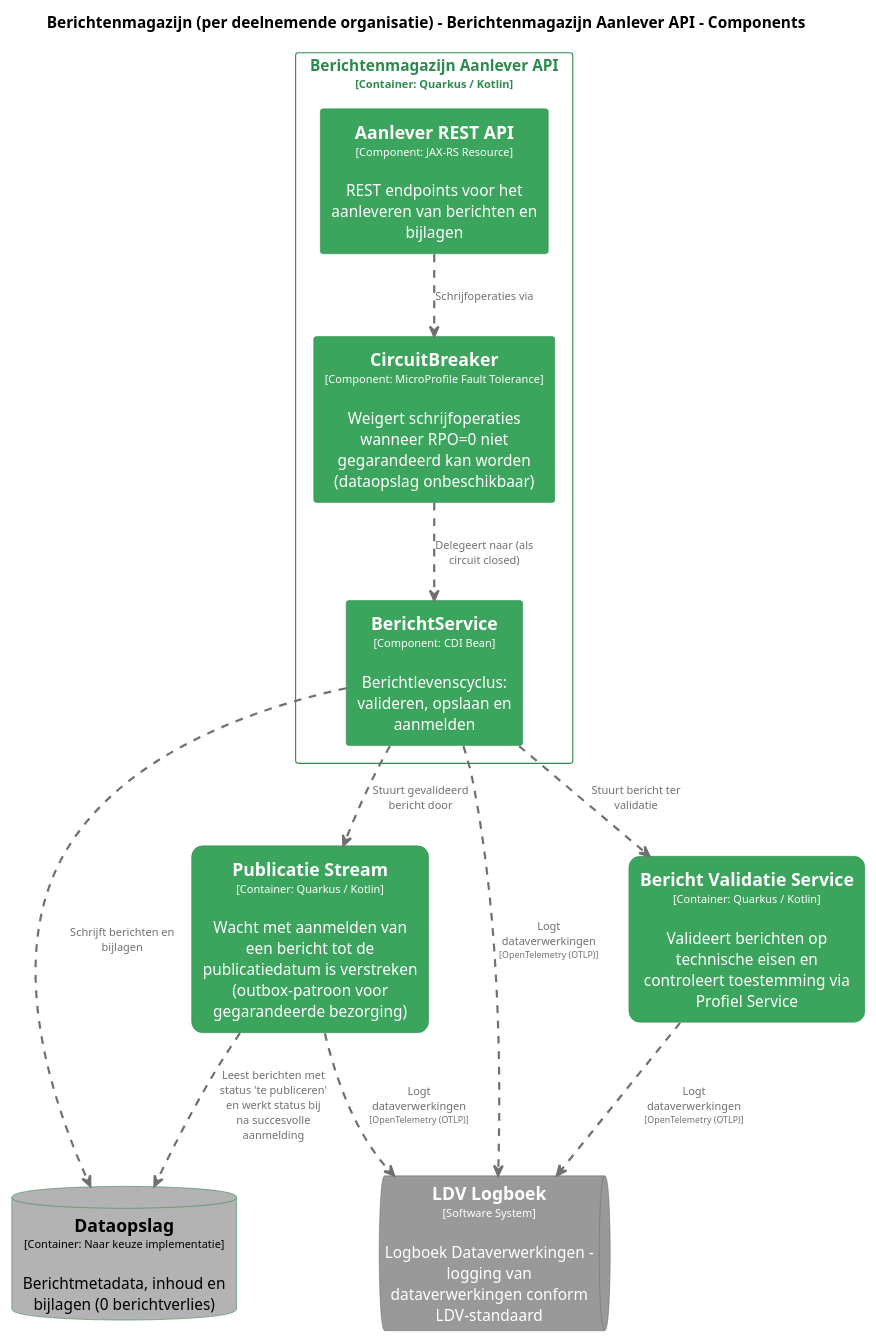
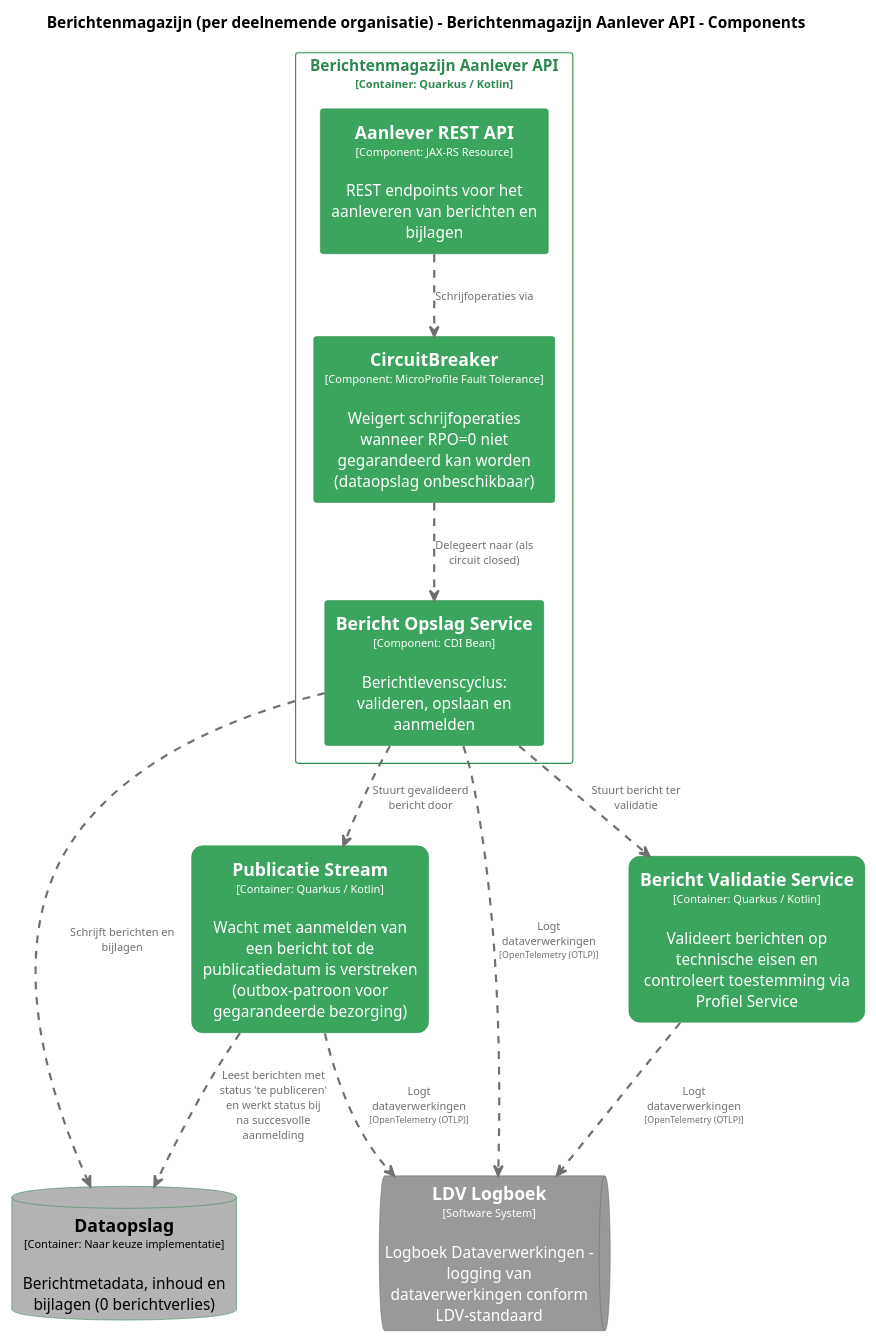
Before and after one commit to MinBZK/moza-poc-fbs-berichtenbox: the diagram in pr-preview/pr-22/master/puml/AanleverAPIComponenten.puml, drawn with PlantUML. The commit also changed 12 other files, not shown here.

```diff
--- a/pr-preview/pr-22/master/puml/AanleverAPIComponenten.puml
+++ b/pr-preview/pr-22/master/puml/AanleverAPIComponenten.puml
@@ -1,88 +1,88 @@
 @startuml
 set separator none
 title Berichtenmagazijn (per deelnemende organisatie) - Berichtenmagazijn Aanlever API - Components
 
 top to bottom direction
 skinparam ranksep 60
 skinparam nodesep 30
 
 skinparam {
   arrowFontSize 10
   defaultTextAlignment center
   wrapWidth 200
   maxMessageSize 100
 }
 
 hide stereotype
 
 skinparam rectangle<<Berichtenmagazijnperdeelnemendeorganisatie.BerichtenmagazijnAanleverAPI.AanleverRESTAPI>> {
   BackgroundColor #3ba55d
   FontColor #ffffff
   BorderColor #2d8a4e
   shadowing false
 }
+skinparam rectangle<<Berichtenmagazijnperdeelnemendeorganisatie.BerichtenmagazijnAanleverAPI.BerichtOpslagService>> {
+  BackgroundColor #3ba55d
+  FontColor #ffffff
+  BorderColor #2d8a4e
+  shadowing false
+}
 skinparam rectangle<<Berichtenmagazijnperdeelnemendeorganisatie.BerichtValidatieService>> {
   BackgroundColor #3ba55d
   FontColor #ffffff
   BorderColor #2d8a4e
   roundCorner 20
-  shadowing false
-}
-skinparam rectangle<<Berichtenmagazijnperdeelnemendeorganisatie.BerichtenmagazijnAanleverAPI.BerichtService>> {
-  BackgroundColor #3ba55d
-  FontColor #ffffff
-  BorderColor #2d8a4e
   shadowing false
 }
 skinparam rectangle<<Berichtenmagazijnperdeelnemendeorganisatie.BerichtenmagazijnAanleverAPI.CircuitBreaker>> {
   BackgroundColor #3ba55d
   FontColor #ffffff
   BorderColor #2d8a4e
   shadowing false
 }
 skinparam database<<Berichtenmagazijnperdeelnemendeorganisatie.Dataopslag>> {
   BackgroundColor #b3b3b3
   FontColor #000000
   BorderColor #2d8a4e
   shadowing false
 }
 skinparam queue<<LDVLogboek>> {
   BackgroundColor #999999
   FontColor #ffffff
   BorderColor #6b6b6b
   shadowing false
 }
 skinparam rectangle<<Berichtenmagazijnperdeelnemendeorganisatie.PublicatieStream>> {
   BackgroundColor #3ba55d
   FontColor #ffffff
   BorderColor #2d8a4e
   roundCorner 20
   shadowing false
 }
 skinparam rectangle<<Berichtenmagazijnperdeelnemendeorganisatie.BerichtenmagazijnAanleverAPI>> {
   BorderColor #2d8a4e
   FontColor #2d8a4e
   shadowing false
 }
 
 database "==Dataopslag\n<size:10>[Container: Naar keuze implementatie]</size>\n\nBerichtmetadata, inhoud en bijlagen (0 berichtverlies)" <<Berichtenmagazijnperdeelnemendeorganisatie.Dataopslag>> as Berichtenmagazijnperdeelnemendeorganisatie.Dataopslag
 rectangle "==Bericht Validatie Service\n<size:10>[Container: Quarkus / Kotlin]</size>\n\nValideert berichten op technische eisen en controleert toestemming via Profiel Service" <<Berichtenmagazijnperdeelnemendeorganisatie.BerichtValidatieService>> as Berichtenmagazijnperdeelnemendeorganisatie.BerichtValidatieService
 rectangle "==Publicatie Stream\n<size:10>[Container: Quarkus / Kotlin]</size>\n\nWacht met aanmelden van een bericht tot de publicatiedatum is verstreken (outbox-patroon voor gegarandeerde bezorging)" <<Berichtenmagazijnperdeelnemendeorganisatie.PublicatieStream>> as Berichtenmagazijnperdeelnemendeorganisatie.PublicatieStream
 queue "==LDV Logboek\n<size:10>[Software System]</size>\n\nLogboek Dataverwerkingen - logging van dataverwerkingen conform LDV-standaard" <<LDVLogboek>> as LDVLogboek
 
 rectangle "Berichtenmagazijn Aanlever API\n<size:10>[Container: Quarkus / Kotlin]</size>" <<Berichtenmagazijnperdeelnemendeorganisatie.BerichtenmagazijnAanleverAPI>> {
   rectangle "==Aanlever REST API\n<size:10>[Component: JAX-RS Resource]</size>\n\nREST endpoints voor het aanleveren van berichten en bijlagen" <<Berichtenmagazijnperdeelnemendeorganisatie.BerichtenmagazijnAanleverAPI.AanleverRESTAPI>> as Berichtenmagazijnperdeelnemendeorganisatie.BerichtenmagazijnAanleverAPI.AanleverRESTAPI
   rectangle "==CircuitBreaker\n<size:10>[Component: MicroProfile Fault Tolerance]</size>\n\nWeigert schrijfoperaties wanneer RPO=0 niet gegarandeerd kan worden (dataopslag onbeschikbaar)" <<Berichtenmagazijnperdeelnemendeorganisatie.BerichtenmagazijnAanleverAPI.CircuitBreaker>> as Berichtenmagazijnperdeelnemendeorganisatie.BerichtenmagazijnAanleverAPI.CircuitBreaker
-  rectangle "==BerichtService\n<size:10>[Component: CDI Bean]</size>\n\nBerichtlevenscyclus: valideren, opslaan en aanmelden" <<Berichtenmagazijnperdeelnemendeorganisatie.BerichtenmagazijnAanleverAPI.BerichtService>> as Berichtenmagazijnperdeelnemendeorganisatie.BerichtenmagazijnAanleverAPI.BerichtService
+  rectangle "==Bericht Opslag Service\n<size:10>[Component: CDI Bean]</size>\n\nBerichtlevenscyclus: valideren, opslaan en aanmelden" <<Berichtenmagazijnperdeelnemendeorganisatie.BerichtenmagazijnAanleverAPI.BerichtOpslagService>> as Berichtenmagazijnperdeelnemendeorganisatie.BerichtenmagazijnAanleverAPI.BerichtOpslagService
 }
 
-Berichtenmagazijnperdeelnemendeorganisatie.BerichtenmagazijnAanleverAPI.BerichtService .[#707070,thickness=2].> LDVLogboek : "<color:#707070>Logt dataverwerkingen\n<color:#707070><size:8>[OpenTelemetry (OTLP)]</size>"
+Berichtenmagazijnperdeelnemendeorganisatie.BerichtenmagazijnAanleverAPI.BerichtOpslagService .[#707070,thickness=2].> LDVLogboek : "<color:#707070>Logt dataverwerkingen\n<color:#707070><size:8>[OpenTelemetry (OTLP)]</size>"
 Berichtenmagazijnperdeelnemendeorganisatie.BerichtValidatieService .[#707070,thickness=2].> LDVLogboek : "<color:#707070>Logt dataverwerkingen\n<color:#707070><size:8>[OpenTelemetry (OTLP)]</size>"
 Berichtenmagazijnperdeelnemendeorganisatie.PublicatieStream .[#707070,thickness=2].> LDVLogboek : "<color:#707070>Logt dataverwerkingen\n<color:#707070><size:8>[OpenTelemetry (OTLP)]</size>"
 Berichtenmagazijnperdeelnemendeorganisatie.BerichtenmagazijnAanleverAPI.AanleverRESTAPI .[#707070,thickness=2].> Berichtenmagazijnperdeelnemendeorganisatie.BerichtenmagazijnAanleverAPI.CircuitBreaker : "<color:#707070>Schrijfoperaties via"
-Berichtenmagazijnperdeelnemendeorganisatie.BerichtenmagazijnAanleverAPI.CircuitBreaker .[#707070,thickness=2].> Berichtenmagazijnperdeelnemendeorganisatie.BerichtenmagazijnAanleverAPI.BerichtService : "<color:#707070>Delegeert naar (als circuit closed)"
-Berichtenmagazijnperdeelnemendeorganisatie.BerichtenmagazijnAanleverAPI.BerichtService .[#707070,thickness=2].> Berichtenmagazijnperdeelnemendeorganisatie.Dataopslag : "<color:#707070>Schrijft berichten en bijlagen"
-Berichtenmagazijnperdeelnemendeorganisatie.BerichtenmagazijnAanleverAPI.BerichtService .[#707070,thickness=2].> Berichtenmagazijnperdeelnemendeorganisatie.BerichtValidatieService : "<color:#707070>Stuurt bericht ter validatie"
-Berichtenmagazijnperdeelnemendeorganisatie.BerichtenmagazijnAanleverAPI.BerichtService .[#707070,thickness=2].> Berichtenmagazijnperdeelnemendeorganisatie.PublicatieStream : "<color:#707070>Stuurt gevalideerd bericht door"
+Berichtenmagazijnperdeelnemendeorganisatie.BerichtenmagazijnAanleverAPI.CircuitBreaker .[#707070,thickness=2].> Berichtenmagazijnperdeelnemendeorganisatie.BerichtenmagazijnAanleverAPI.BerichtOpslagService : "<color:#707070>Delegeert naar (als circuit closed)"
+Berichtenmagazijnperdeelnemendeorganisatie.BerichtenmagazijnAanleverAPI.BerichtOpslagService .[#707070,thickness=2].> Berichtenmagazijnperdeelnemendeorganisatie.Dataopslag : "<color:#707070>Schrijft berichten en bijlagen"
+Berichtenmagazijnperdeelnemendeorganisatie.BerichtenmagazijnAanleverAPI.BerichtOpslagService .[#707070,thickness=2].> Berichtenmagazijnperdeelnemendeorganisatie.BerichtValidatieService : "<color:#707070>Stuurt bericht ter validatie"
+Berichtenmagazijnperdeelnemendeorganisatie.BerichtenmagazijnAanleverAPI.BerichtOpslagService .[#707070,thickness=2].> Berichtenmagazijnperdeelnemendeorganisatie.PublicatieStream : "<color:#707070>Stuurt gevalideerd bericht door"
 Berichtenmagazijnperdeelnemendeorganisatie.PublicatieStream .[#707070,thickness=2].> Berichtenmagazijnperdeelnemendeorganisatie.Dataopslag : "<color:#707070>Leest berichten met status 'te publiceren' en werkt status bij na succesvolle aanmelding"
 @enduml
```
